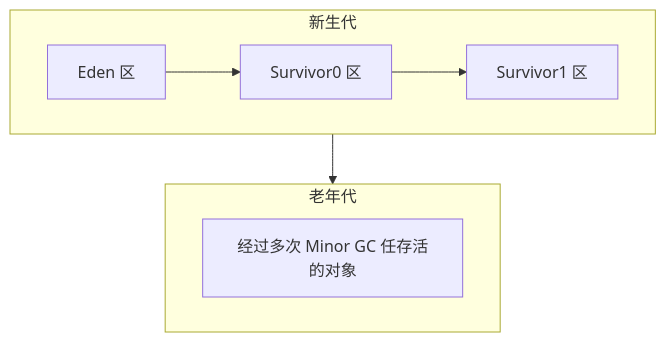
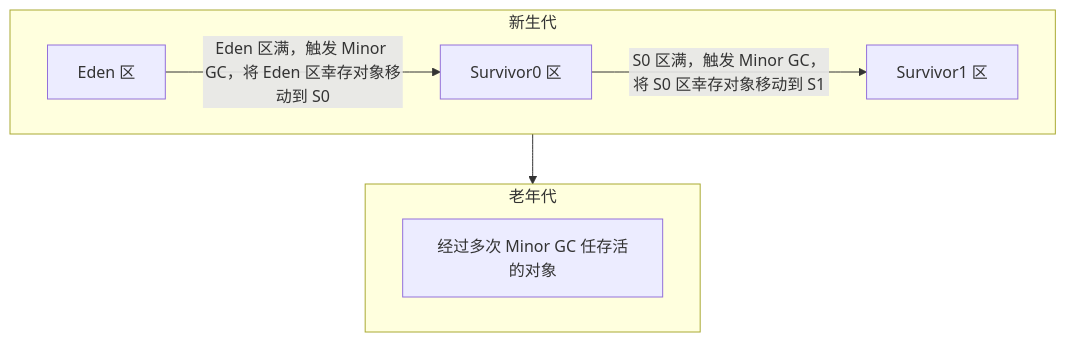
One commit to T4mako/T4mako.github.io changed the eighth of 8 diagrams in src/code/java/JVM.md. Above: the diagram before and after it, drawn with Mermaid. The commit also changed other lines of this file and 7 other files, not shown here.

````diff
--- a/src/code/java/JVM.md
+++ b/src/code/java/JVM.md
@@ -412,11 +413,11 @@
 ```mermaid
 flowchart TB
     subgraph 新生代
         direction LR
-        A["Eden 区"] --> B["Survivor0 区"] --> C["Survivor1 区"]
+        A["Eden 区"] -- "Eden 区满，触发 Minor GC，将 Eden 区幸存对象移动到 S0" --> B["Survivor0 区"] -- "S0 区满，触发 Minor GC，将 S0 区幸存对象移动到 S1" --> C["Survivor1 区"]
     end
     subgraph 老年代
     D["经过多次 Minor GC 任存活的对象"]
     end
     新生代 --> 老年代
 ```
````
